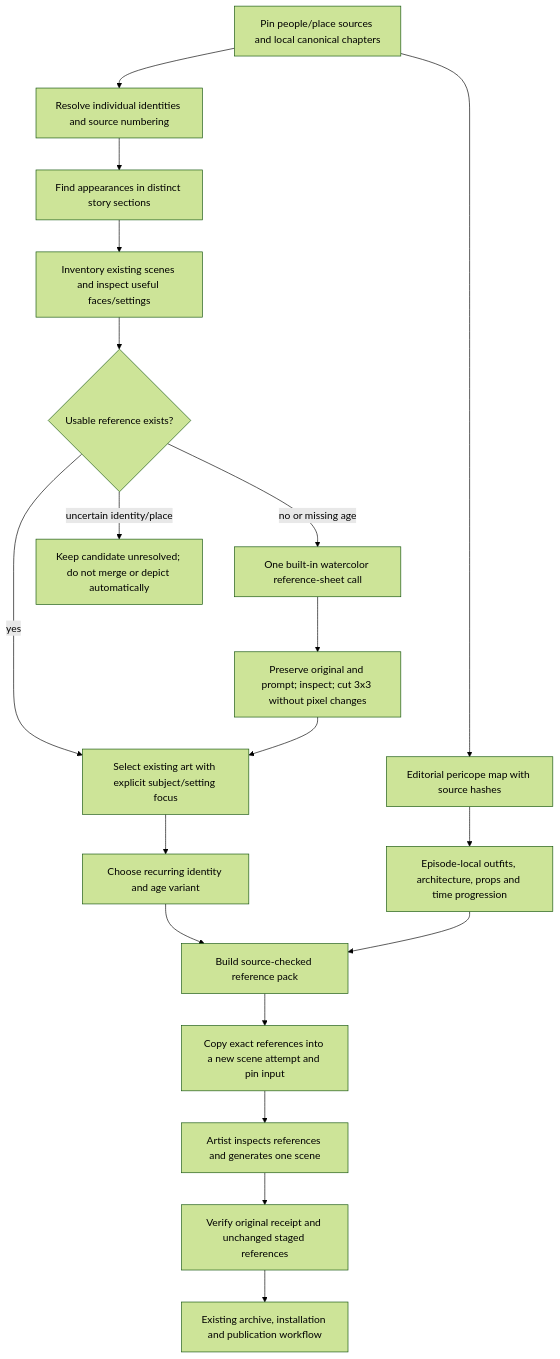
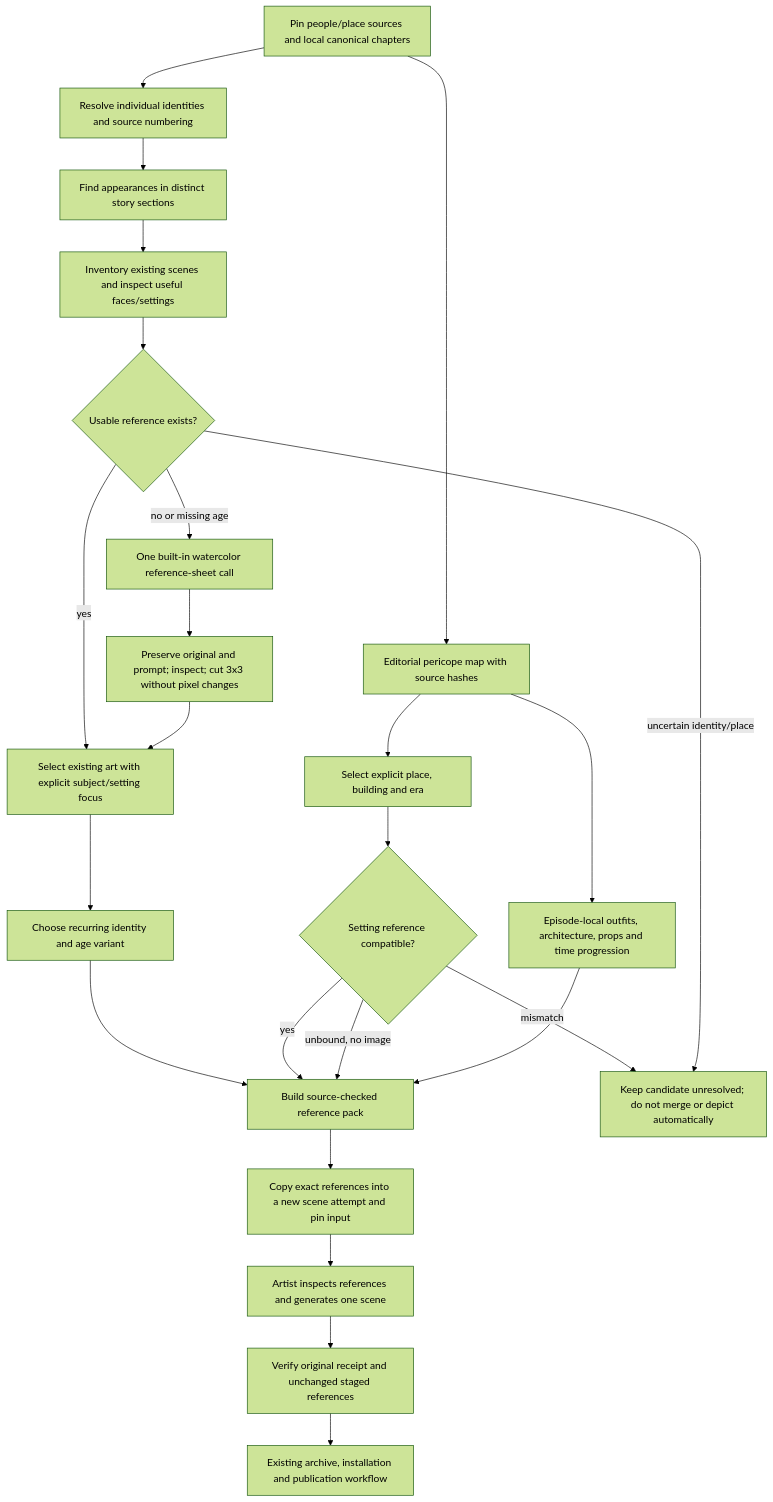
The diagram in spec-chirho/workflows-chirho/continuity-chirho/visual-references-chirho.md (loveJesus/visual-biblical-language-reader-chirho), drawn with Mermaid (forest theme) before and after one commit. The commit also changed other lines of this file and 4 other files, not shown here.

````diff
--- a/spec-chirho/workflows-chirho/continuity-chirho/visual-references-chirho.md
+++ b/spec-chirho/workflows-chirho/continuity-chirho/visual-references-chirho.md
@@ -5,21 +5,26 @@
 ```mermaid
 flowchart TD
     A[Pin people/place sources and local canonical chapters] --> B[Resolve individual identities and source numbering]
     B --> C[Find appearances in distinct story sections]
     C --> D[Inventory existing scenes and inspect useful faces/settings]
     D --> E{Usable reference exists?}
     E -->|yes| F[Select existing art with explicit subject/setting focus]
     E -->|no or missing age| G[One built-in watercolor reference-sheet call]
     G --> H[Preserve original and prompt; inspect; cut 3x3 without pixel changes]
     H --> F
     F --> I[Choose recurring identity and age variant]
     A --> J[Editorial pericope map with source hashes]
     J --> K[Episode-local outfits, architecture, props and time progression]
     I --> L[Build source-checked reference pack]
+    J --> EraChirho[Select explicit place, building and era]
+    EraChirho --> EraCheckChirho{Setting reference compatible?}
+    EraCheckChirho -->|yes| L
+    EraCheckChirho -->|unbound, no image| L
+    EraCheckChirho -->|mismatch| Q
     K --> L
     L --> M[Copy exact references into a new scene attempt and pin input]
     M --> N[Artist inspects references and generates one scene]
     N --> O[Verify original receipt and unchanged staged references]
     O --> P[Existing archive, installation and publication workflow]
     E -->|uncertain identity/place| Q[Keep candidate unresolved; do not merge or depict automatically]
 ```
````
